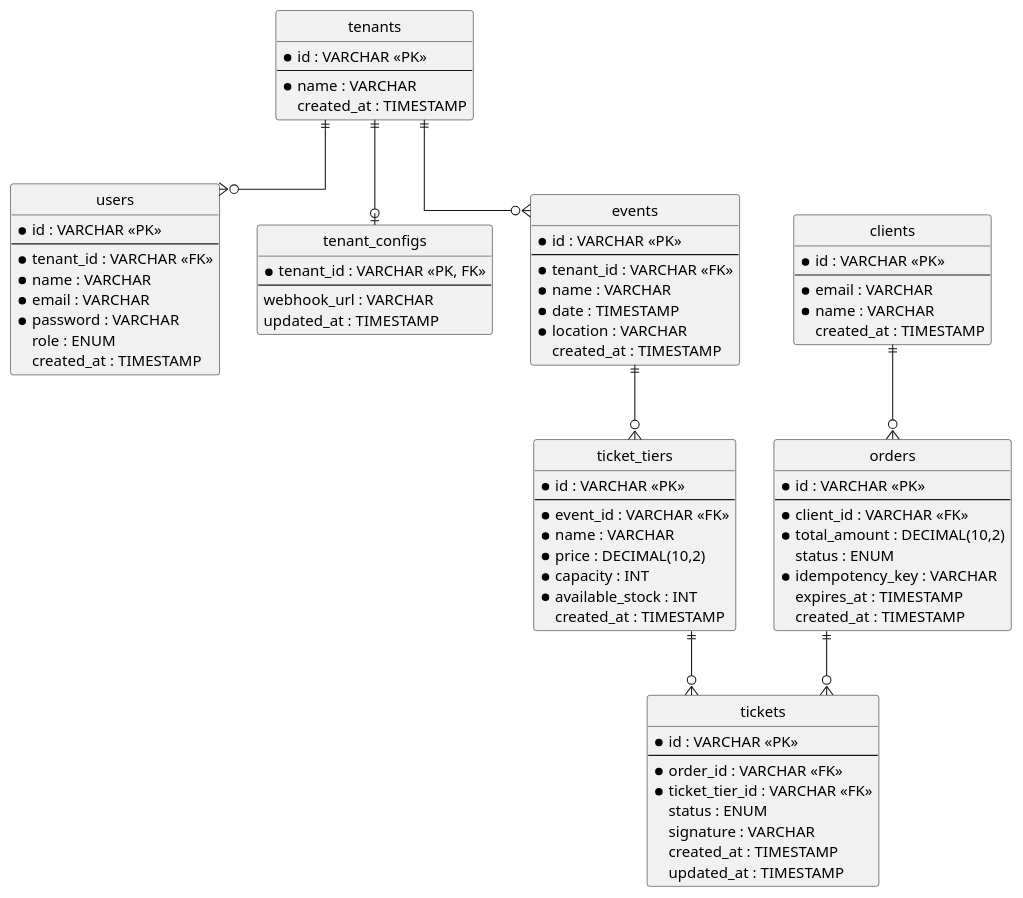
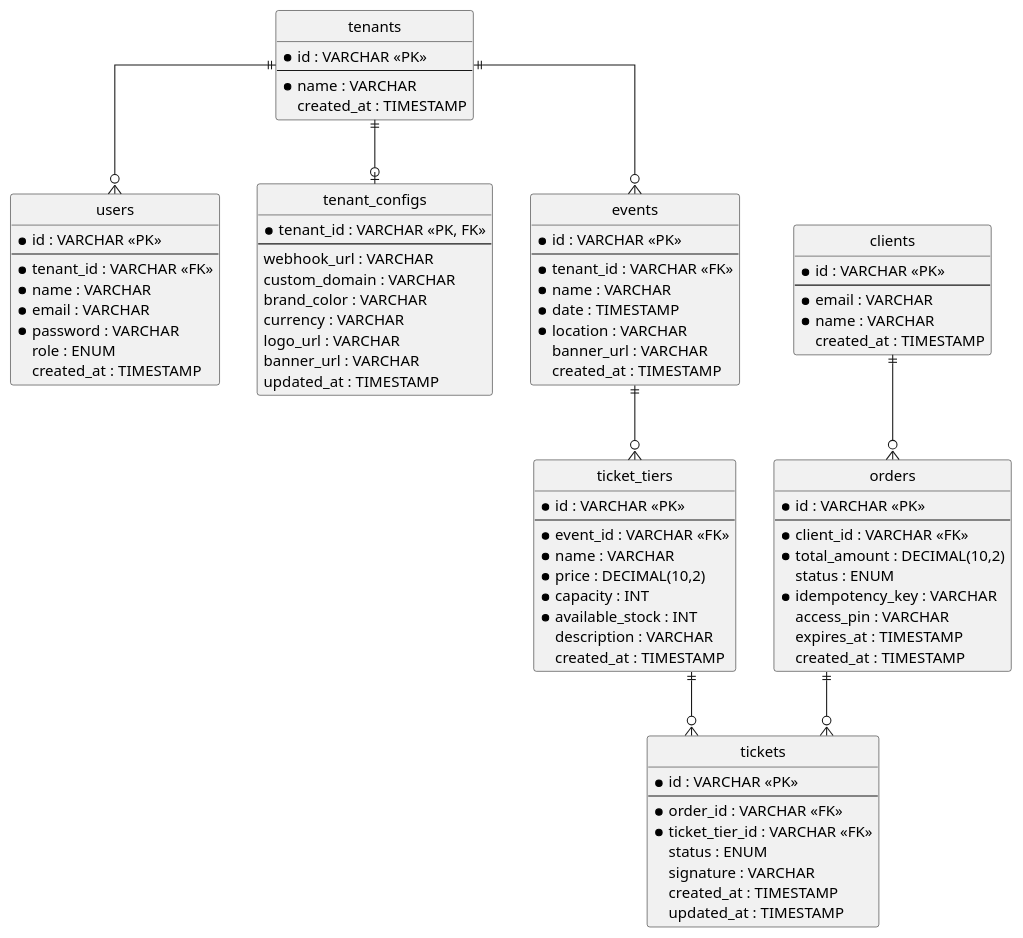
The diagram in docs/database_er_diagram.puml (kevinPoncema/TicketRush), drawn with PlantUML before and after one commit. The commit also changed 5 other files, not shown here.

Commit message:
feat: extend tenant configuration and entity schemas with branding, customization, and file upload support for logos and banners.

```diff
--- a/docs/database_er_diagram.puml
+++ b/docs/database_er_diagram.puml
@@ -1,94 +1,102 @@
 @startuml
 ' Configuración visual
 hide circle
 skinparam linetype ortho
 
 ' Entidades
 
 entity "tenants" as tenants {
   *id : VARCHAR <<PK>>
   --
   *name : VARCHAR
   created_at : TIMESTAMP
 }
 
 entity "users" as users {
   *id : VARCHAR <<PK>>
   --
   *tenant_id : VARCHAR <<FK>>
   *name : VARCHAR
   *email : VARCHAR
   *password : VARCHAR
   role : ENUM
   created_at : TIMESTAMP
 }
 
 entity "tenant_configs" as tenant_configs {
   *tenant_id : VARCHAR <<PK, FK>>
   --
   webhook_url : VARCHAR
+  custom_domain : VARCHAR
+  brand_color : VARCHAR
+  currency : VARCHAR
+  logo_url : VARCHAR
+  banner_url : VARCHAR
   updated_at : TIMESTAMP
 }
 
 entity "events" as events {
   *id : VARCHAR <<PK>>
   --
   *tenant_id : VARCHAR <<FK>>
   *name : VARCHAR
   *date : TIMESTAMP
   *location : VARCHAR
+  banner_url : VARCHAR
   created_at : TIMESTAMP
 }
 
 entity "ticket_tiers" as ticket_tiers {
   *id : VARCHAR <<PK>>
   --
   *event_id : VARCHAR <<FK>>
   *name : VARCHAR
   *price : DECIMAL(10,2)
   *capacity : INT
   *available_stock : INT
+  description : VARCHAR
   created_at : TIMESTAMP
 }
 
 entity "clients" as clients {
   *id : VARCHAR <<PK>>
   --
   *email : VARCHAR
   *name : VARCHAR
   created_at : TIMESTAMP
 }
 
 entity "orders" as orders {
   *id : VARCHAR <<PK>>
   --
   *client_id : VARCHAR <<FK>>
   *total_amount : DECIMAL(10,2)
   status : ENUM
   *idempotency_key : VARCHAR
+  access_pin : VARCHAR
   expires_at : TIMESTAMP
   created_at : TIMESTAMP
 }
 
 entity "tickets" as tickets {
   *id : VARCHAR <<PK>>
   --
   *order_id : VARCHAR <<FK>>
   *ticket_tier_id : VARCHAR <<FK>>
   status : ENUM
   signature : VARCHAR
   created_at : TIMESTAMP
   updated_at : TIMESTAMP
 }
 
 ' Relaciones
 
 tenants ||--o{ users
 tenants ||--o| tenant_configs
 tenants ||--o{ events
 events ||--o{ ticket_tiers
 clients ||--o{ orders
 orders ||--o{ tickets
 ticket_tiers ||--o{ tickets
 
 @enduml
```
